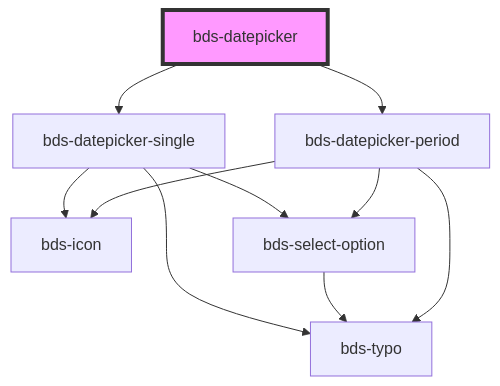
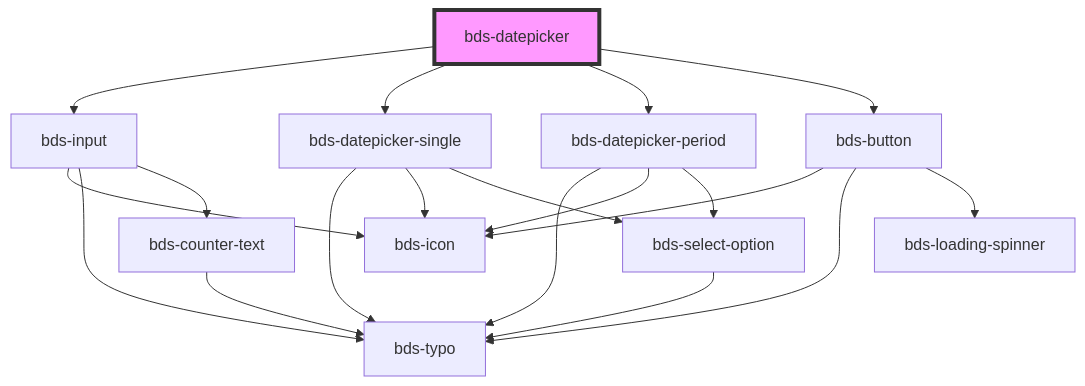
Before and after one commit to takenet/blip-ds: the diagram in src/components/datepicker/readme.md, drawn with Mermaid. The commit also changed other lines of this file and 13 other files, not shown here.

````diff
--- a/src/components/datepicker/readme.md
+++ b/src/components/datepicker/readme.md
@@ -26,13 +27,22 @@
 ```mermaid
 graph TD;
+  bds-datepicker --> bds-input
   bds-datepicker --> bds-datepicker-single
   bds-datepicker --> bds-datepicker-period
+  bds-datepicker --> bds-button
+  bds-input --> bds-icon
+  bds-input --> bds-typo
+  bds-input --> bds-counter-text
+  bds-counter-text --> bds-typo
   bds-datepicker-single --> bds-typo
   bds-datepicker-single --> bds-icon
   bds-datepicker-single --> bds-select-option
   bds-select-option --> bds-typo
   bds-datepicker-period --> bds-typo
   bds-datepicker-period --> bds-icon
   bds-datepicker-period --> bds-select-option
+  bds-button --> bds-icon
+  bds-button --> bds-typo
+  bds-button --> bds-loading-spinner
   style bds-datepicker fill:#f9f,stroke:#333,stroke-width:4px
 ```
````
